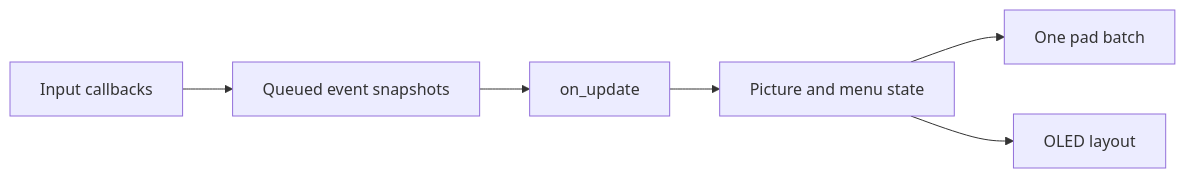
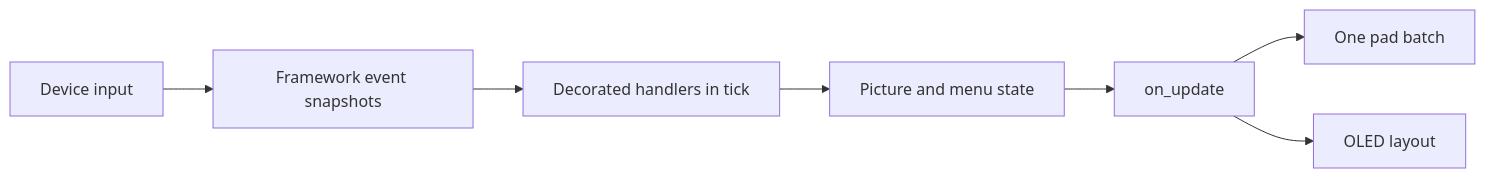
The diagram in docs/BUILDING_AN_APP.md (HelgeSverre/akai-fire-looper), drawn with Mermaid before and after one commit. The commit also changed other lines of this file and 27 other files, not shown here.

````diff
--- a/docs/BUILDING_AN_APP.md
+++ b/docs/BUILDING_AN_APP.md
@@ -191,8 +188,9 @@
 ```mermaid
 flowchart LR
-    Input[Input callbacks] --> Queue[Queued event snapshots]
-    Queue --> Frame[on_update]
-    Frame --> Model[Picture and menu state]
-    Model --> Pads[One pad batch]
-    Model --> OLED[OLED layout]
+    Input[Device input] --> Queue[Framework event snapshots]
+    Queue --> Handler[Decorated handlers in tick]
+    Handler --> Model[Picture and menu state]
+    Model --> Frame[on_update]
+    Frame --> Pads[One pad batch]
+    Frame --> OLED[OLED layout]
 ```
````
